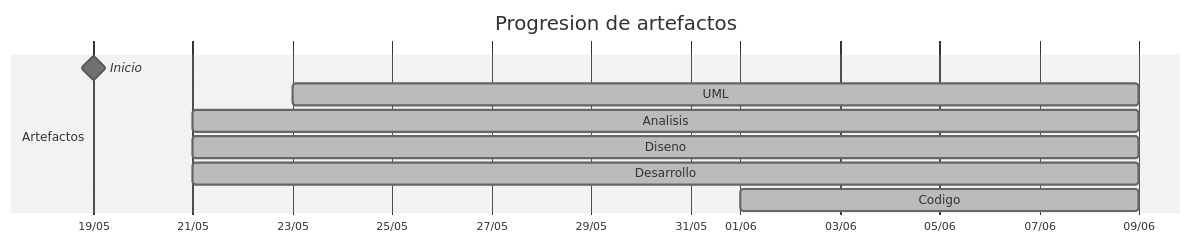
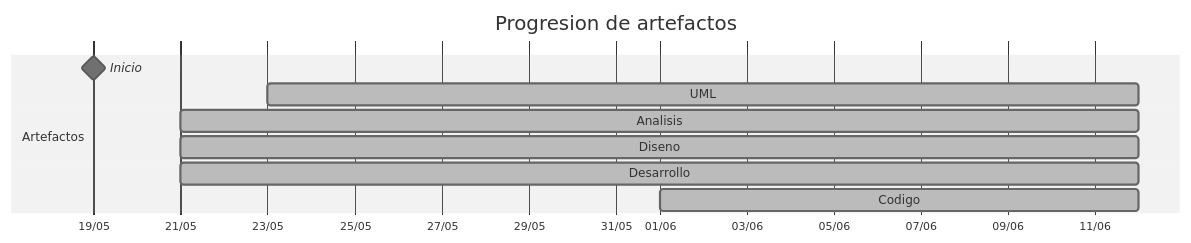
One commit to mmasias/25-26-idsw2-sdVC changed the diagram in TIMELINES/beatriizorozco.md. Above: the diagram before and after it, drawn with Mermaid (neutral theme). The commit also changed other lines of this file and 9 other files, not shown here.

````diff
--- a/TIMELINES/beatriizorozco.md
+++ b/TIMELINES/beatriizorozco.md
@@ -19,13 +20,13 @@
 ```mermaid
 gantt
     title Progresion de artefactos
     dateFormat YYYY-MM-DD
     axisFormat %d/%m
     section Artefactos
         Inicio       :milestone, 2026-05-19, 0d
-        UML          :done, 2026-05-23, 2026-06-09
-        Analisis     :done, 2026-05-21, 2026-06-09
-        Diseno       :done, 2026-05-21, 2026-06-09
-        Desarrollo   :done, 2026-05-21, 2026-06-09
-        Codigo       :done, 2026-06-01, 2026-06-09
+        UML          :done, 2026-05-23, 2026-06-12
+        Analisis     :done, 2026-05-21, 2026-06-12
+        Diseno       :done, 2026-05-21, 2026-06-12
+        Desarrollo   :done, 2026-05-21, 2026-06-12
+        Codigo       :done, 2026-06-01, 2026-06-12
 ```
````
